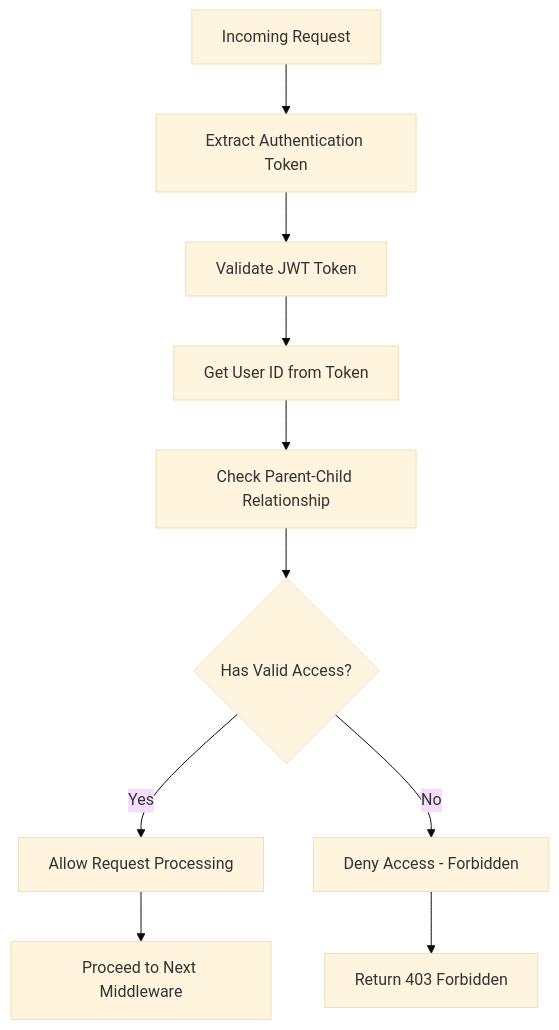
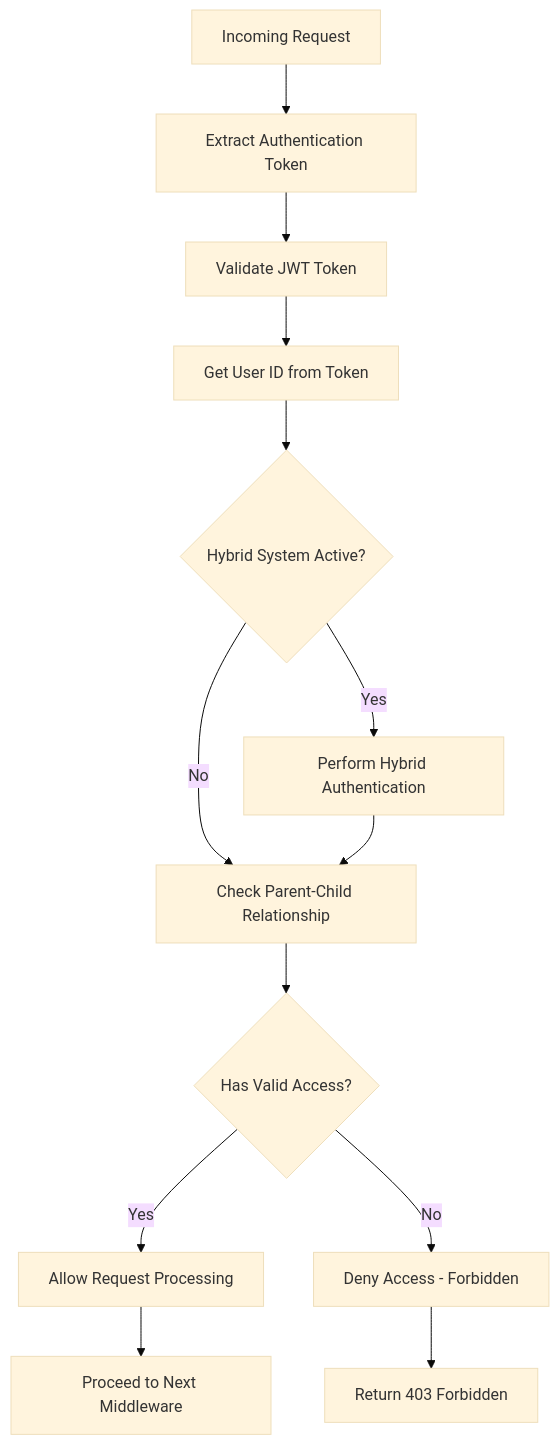
Before and after one commit to franckylab/eLISAschool: diagram 11 of 13 in .qoder/repowiki/en/content/Modules & Features/Responsables & Eleves Module.md, drawn with Mermaid (base theme). The commit also changed other lines of this file and 33 other files, not shown here.

````diff
--- a/.qoder/repowiki/en/content/Modules & Features/Responsables & Eleves Module.md
+++ b/.qoder/repowiki/en/content/Modules & Features/Responsables & Eleves Module.md
@@ -322,12 +444,15 @@
 ```mermaid
 flowchart TD
 Request[Incoming Request] --> ExtractToken["Extract Authentication Token"]
 ExtractToken --> ValidateToken["Validate JWT Token"]
 ValidateToken --> GetUserId["Get User ID from Token"]
-GetUserId --> CheckAccess["Check Parent-Child Relationship"]
+GetUserId --> CheckHybrid{"Hybrid System Active?"}
+CheckHybrid --> |Yes| HybridAuth["Perform Hybrid Authentication"]
+CheckHybrid --> |No| CheckAccess["Check Parent-Child Relationship"]
+HybridAuth --> CheckAccess
 CheckAccess --> HasAccess{"Has Valid Access?"}
 HasAccess --> |Yes| AllowAccess["Allow Request Processing"]
 HasAccess --> |No| DenyAccess["Deny Access - Forbidden"]
 AllowAccess --> NextMiddleware["Proceed to Next Middleware"]
 DenyAccess --> ReturnError["Return 403 Forbidden"]
 ```
````
